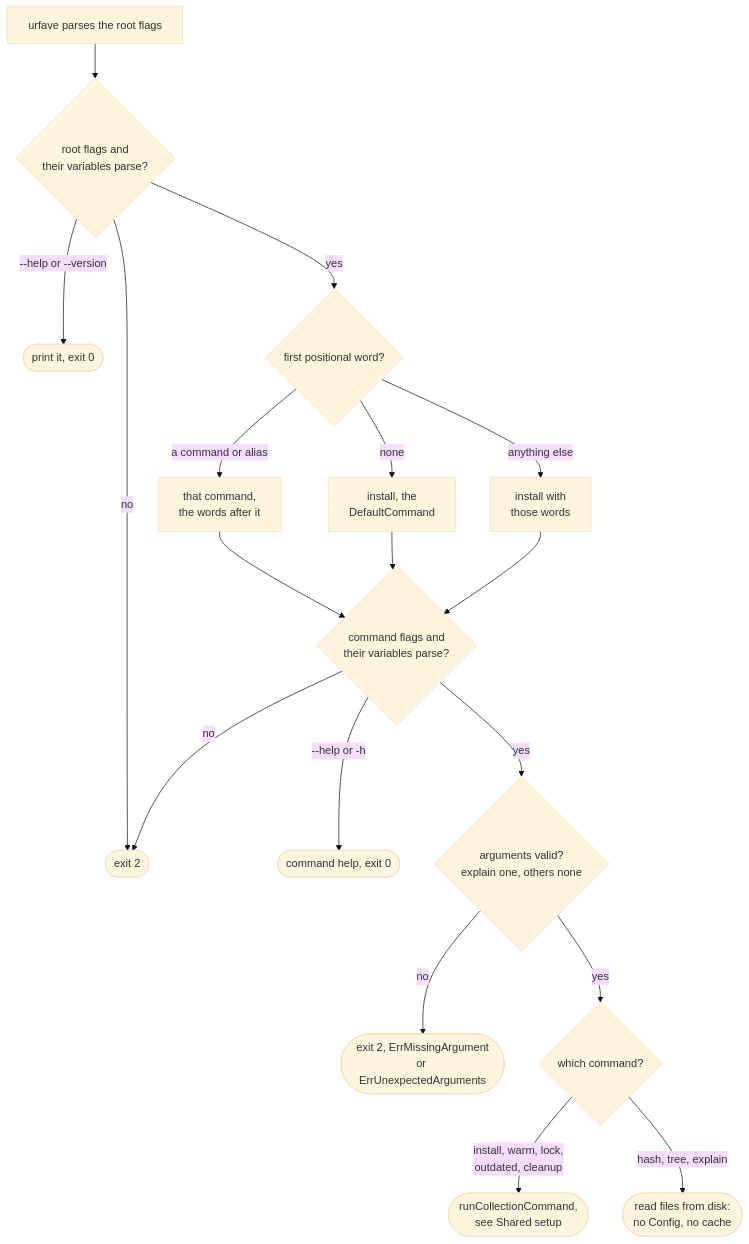
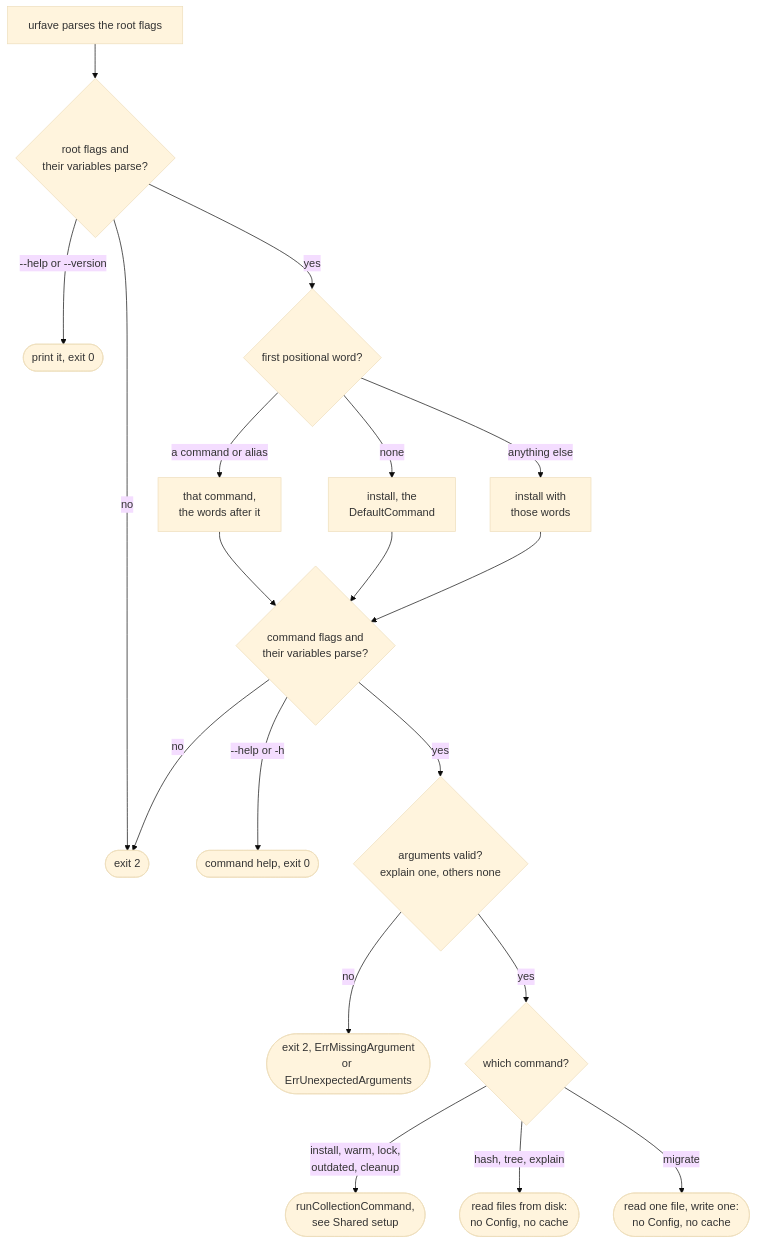
Before and after one commit to greeddj/go-galaxy: the second of 4 diagrams in docs/internals/commands.md, drawn with Mermaid (base theme). The commit also changed other lines of this file and 39 other files, not shown here.

````diff
--- a/docs/internals/commands.md
+++ b/docs/internals/commands.md
@@ -56,20 +57,21 @@
 ```mermaid
 flowchart TD
   D1["urfave parses the root flags"] --> D2{"root flags and<br/>their variables parse?"}
   D2 -->|"no"| XU(["exit 2"])
   D2 -->|"--help or --version"| XH(["print it, exit 0"])
   D2 -->|"yes"| D3{"first positional word?"}
   D3 -->|"a command or alias"| D4["that command,<br/>the words after it"]
   D3 -->|"none"| D5["install, the<br/>DefaultCommand"]
   D3 -->|"anything else"| D6["install with<br/>those words"]
   D4 --> D7{"command flags and<br/>their variables parse?"}
   D5 --> D7
   D6 --> D7
   D7 -->|"--help or -h"| XH2(["command help, exit 0"])
   D7 -->|"no"| XU
   D7 -->|"yes"| D8{"arguments valid?<br/>explain one, others none"}
   D8 -->|"no"| XA(["exit 2, ErrMissingArgument<br/>or ErrUnexpectedArguments"])
   D8 -->|"yes"| D9{"which command?"}
   D9 -->|"install, warm, lock,<br/>outdated, cleanup"| RC(["runCollectionCommand,<br/>see Shared setup"])
   D9 -->|"hash, tree, explain"| FI(["read files from disk:<br/>no Config, no cache"])
+  D9 -->|"migrate"| MG(["read one file, write one:<br/>no Config, no cache"])
 ```
````
